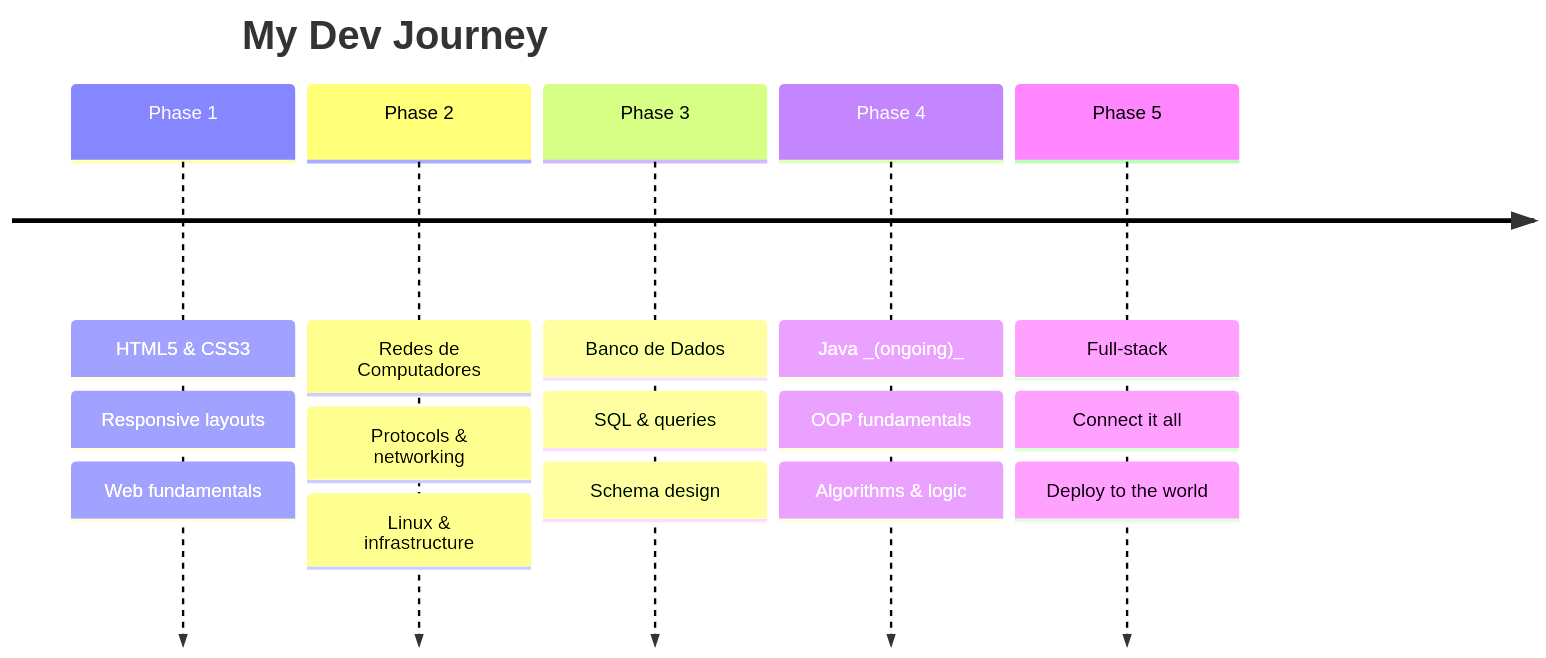
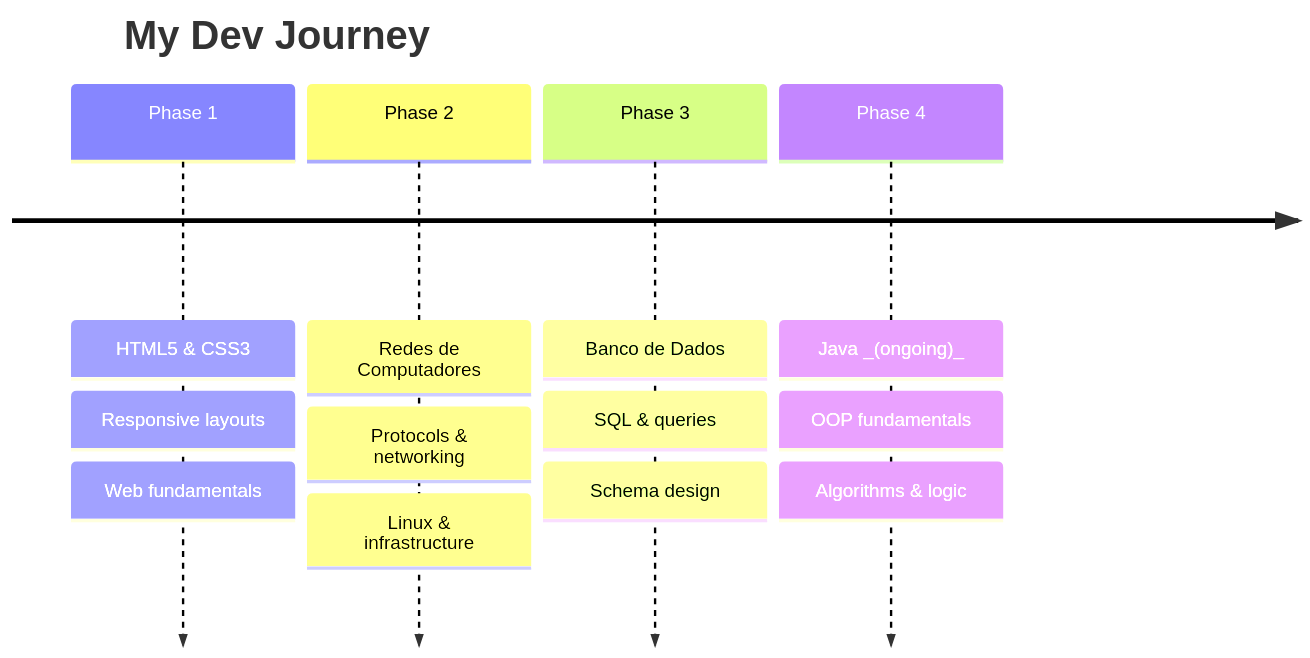
Before and after one commit to Guibentes/Guibentes: the diagram in README.md, drawn with Mermaid. The commit also changed other lines of this file, not shown here.

````diff
--- a/README.md
+++ b/README.md
@@ -69,19 +69,16 @@
 ```mermaid
 timeline
     title My Dev Journey
     Phase 1 : HTML5 & CSS3
             : Responsive layouts
             : Web fundamentals
     Phase 2 : Redes de Computadores
             : Protocols & networking
             : Linux & infrastructure
     Phase 3 : Banco de Dados
             : SQL & queries
             : Schema design
     Phase 4 : Java _(ongoing)_
             : OOP fundamentals
             : Algorithms & logic
-    Phase 5 : Full-stack
-            : Connect it all
-            : Deploy to the world
 ```
````
